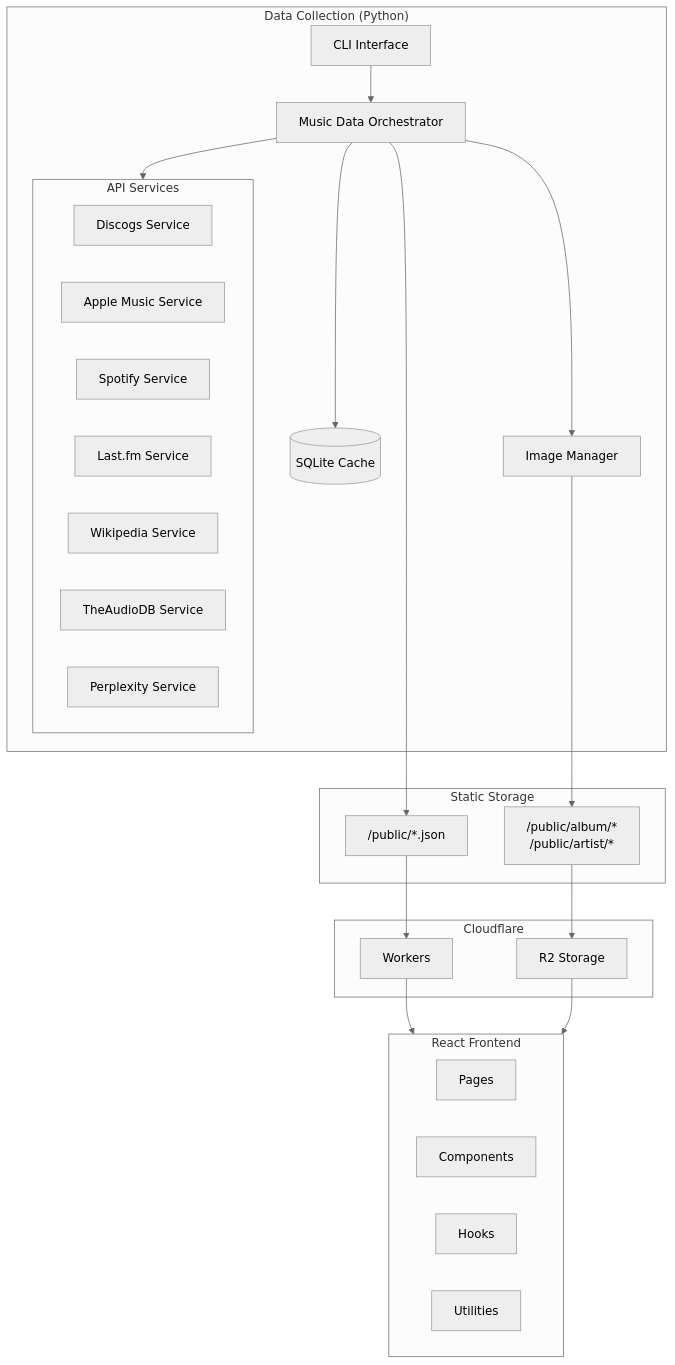
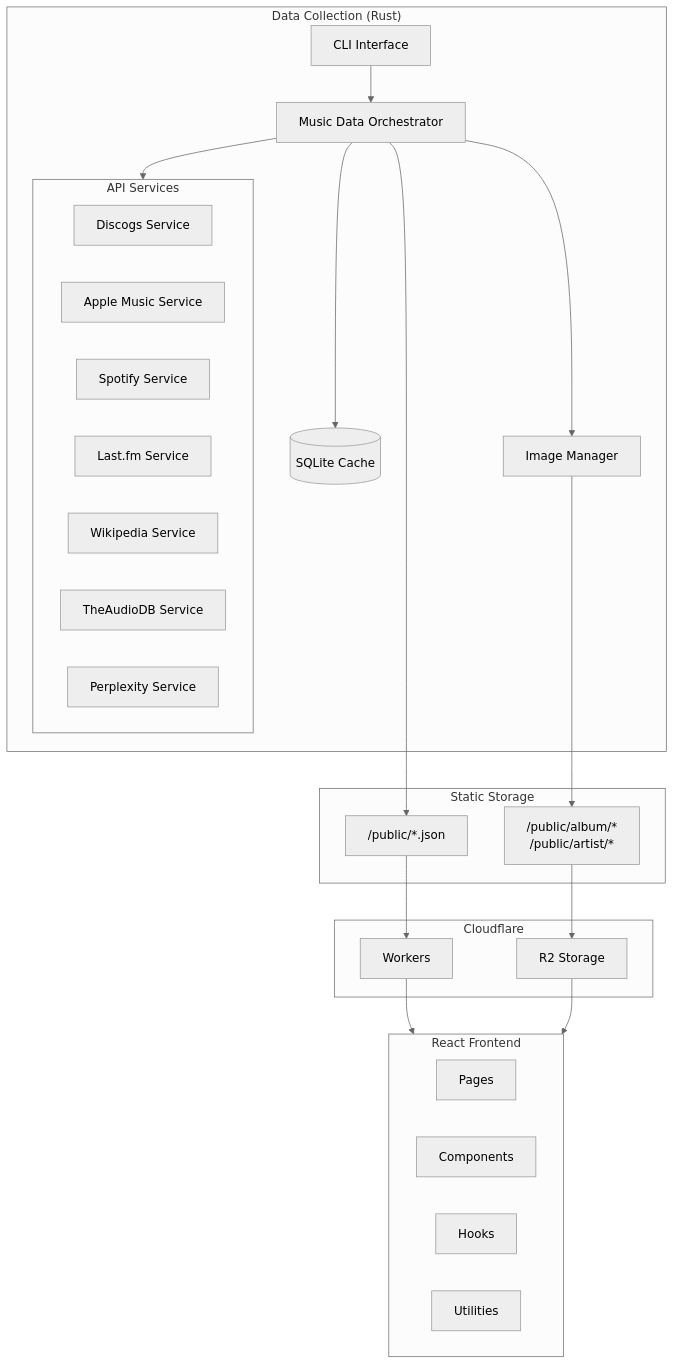
Before and after one commit to russmckendrick/russ-fm: the first of 8 diagrams in docs/architecture/README.md, drawn with Mermaid (neutral theme). The commit also changed other lines of this file and 1137 other files, not shown here.

````diff
--- a/docs/architecture/README.md
+++ b/docs/architecture/README.md
@@ -13,50 +13,50 @@
 ```mermaid
 flowchart TB
-    subgraph Collection["Data Collection (Python)"]
+    subgraph Collection["Data Collection (Rust)"]
         CLI[CLI Interface]
         Orchestrator[Music Data Orchestrator]
 
         subgraph Services["API Services"]
             Discogs[Discogs Service]
             AppleMusic[Apple Music Service]
             Spotify[Spotify Service]
             LastFM[Last.fm Service]
             Wikipedia[Wikipedia Service]
             TheAudioDB[TheAudioDB Service]
             Perplexity[Perplexity Service]
         end
 
         DB[(SQLite Cache)]
         ImageMgr[Image Manager]
     end
 
     subgraph Storage["Static Storage"]
         JSON["/public/*.json"]
         Images["/public/album/*<br>/public/artist/*"]
     end
 
     subgraph Frontend["React Frontend"]
         Pages[Pages]
         Components[Components]
         Hooks[Hooks]
         Utils[Utilities]
     end
 
     subgraph CDN["Cloudflare"]
         Workers[Workers]
         R2[R2 Storage]
     end
 
     CLI --> Orchestrator
     Orchestrator --> Services
     Orchestrator --> DB
     Orchestrator --> ImageMgr
     ImageMgr --> Images
     Orchestrator --> JSON
 
     JSON --> Workers
     Images --> R2
 
     Workers --> Frontend
     R2 --> Frontend
 ```
````
